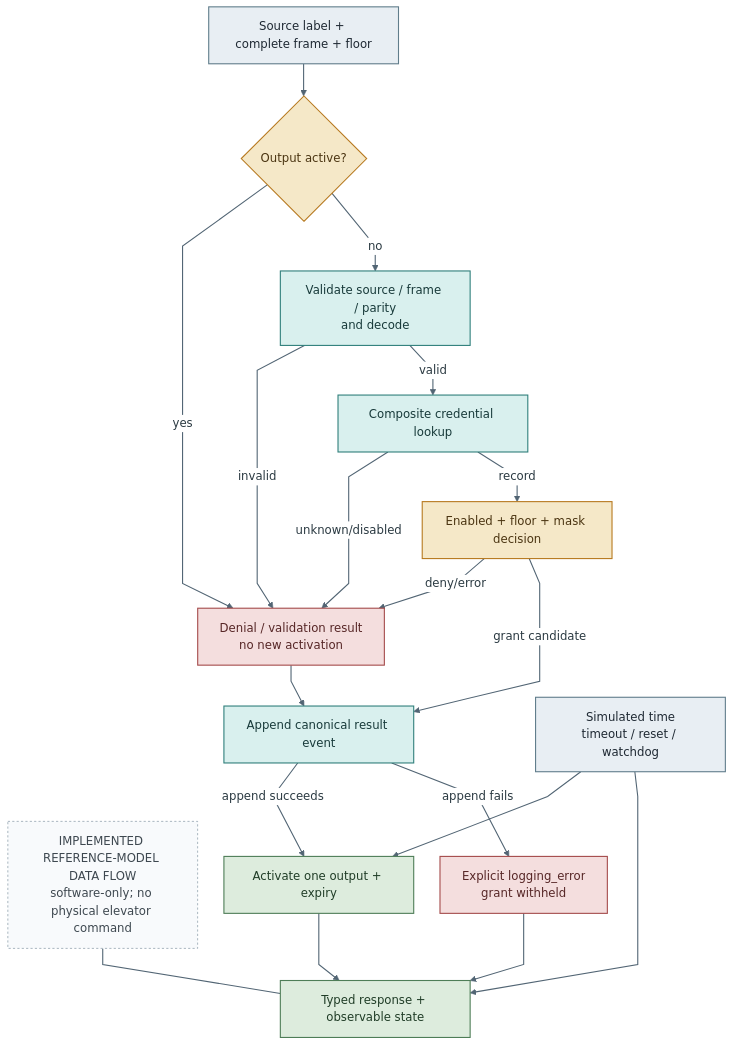
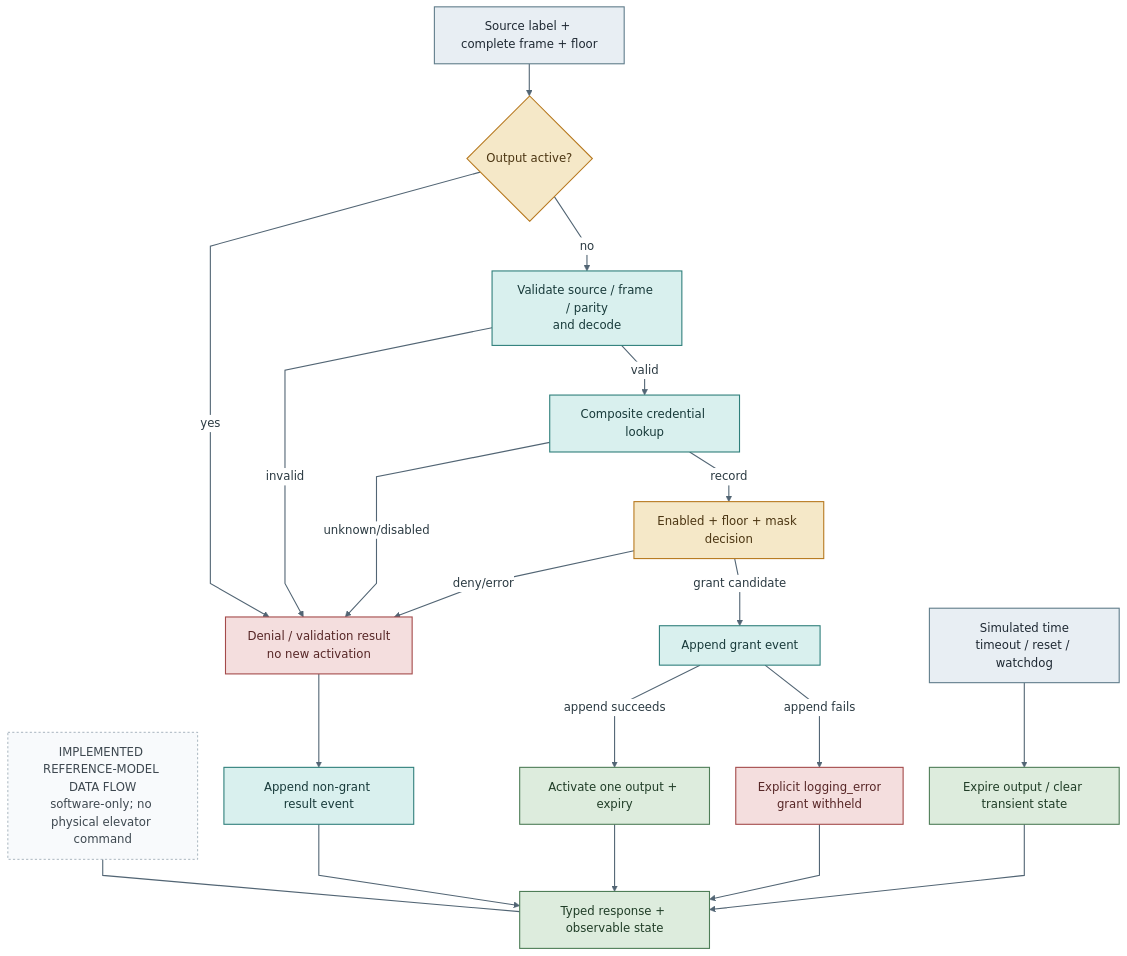
The diagram in report/progress/figures/advancement_report_2_controller_flow.mmd (BarShtainv/EEEProjectElevator), drawn with Mermaid before and after one commit. The commit also changed 5 other files, not shown here.

```diff
--- a/report/progress/figures/advancement_report_2_controller_flow.mmd
+++ b/report/progress/figures/advancement_report_2_controller_flow.mmd
@@ -1,45 +1,46 @@
 %%{init: {"theme":"base","themeVariables":{"fontFamily":"Arial, sans-serif","fontSize":"16px","primaryTextColor":"#1F2933","lineColor":"#526574","edgeLabelBackground":"#FFFFFF","clusterBkg":"#F8FAFC","clusterBorder":"#8A9BA8"},"flowchart":{"curve":"linear","nodeSpacing":36,"rankSpacing":44,"htmlLabels":true}}}%%
 flowchart TB
     NOTE["IMPLEMENTED REFERENCE-MODEL DATA FLOW<br/>software-only; no physical elevator command"]
     REQ["Source label + complete frame + floor"]
     BUSY{"Output active?"}
     VAL["Validate source / frame / parity<br/>and decode"]
     LOOK["Composite credential lookup"]
     AUTH["Enabled + floor + mask decision"]
-    PRELOG["Append canonical result event"]
+    GRANT_LOG["Append grant event"]
+    RESULT_LOG["Append non-grant result event"]
     ACT["Activate one output + expiry"]
     DENY["Denial / validation result<br/>no new activation"]
     LOGERR["Explicit logging_error<br/>grant withheld"]
     TIME["Simulated time<br/>timeout / reset / watchdog"]
+    RECOVERY["Expire output / clear transient state"]
     END["Typed response + observable state"]
 
     REQ --> BUSY
     BUSY -- yes --> DENY
     BUSY -- no --> VAL
     VAL -- invalid --> DENY
     VAL -- valid --> LOOK
     LOOK -- unknown/disabled --> DENY
     LOOK -- record --> AUTH
     AUTH -- deny/error --> DENY
-    AUTH -- grant candidate --> PRELOG
-    DENY --> PRELOG
-    PRELOG -- append succeeds --> ACT --> END
-    PRELOG -- append fails --> LOGERR --> END
-    TIME --> ACT
-    TIME --> END
+    AUTH -- grant candidate --> GRANT_LOG
+    GRANT_LOG -- append succeeds --> ACT --> END
+    GRANT_LOG -- append fails --> LOGERR --> END
+    DENY --> RESULT_LOG --> END
+    TIME --> RECOVERY --> END
     NOTE --- END
 
     classDef external fill:#E8EEF3,stroke:#607D8B,color:#1F2933,stroke-width:1.5px;
     classDef controller fill:#274C77,stroke:#16324F,color:#FFFFFF,stroke-width:2px,font-weight:600;
     classDef data fill:#D9F0EE,stroke:#2F7F7B,color:#183A3A,stroke-width:1.5px;
     classDef success fill:#DDECDD,stroke:#4E7D57,color:#203D27,stroke-width:1.5px;
     classDef decision fill:#F5E8C8,stroke:#B7791F,color:#4B3512,stroke-width:1.5px;
     classDef fault fill:#F4DEDE,stroke:#A44A4A,color:#572727,stroke-width:1.5px;
     classDef note fill:#F8FAFC,stroke:#8A9BA8,color:#3E4850,stroke-width:1px,stroke-dasharray:3 3;
     class REQ,TIME external;
-    class VAL,LOOK,PRELOG data;
+    class VAL,LOOK,GRANT_LOG,RESULT_LOG data;
     class AUTH,BUSY decision;
-    class ACT,END success;
+    class ACT,RECOVERY,END success;
     class DENY,LOGERR fault;
     class NOTE note;
     linkStyle default stroke:#526574,stroke-width:1.5px,color:#2B3A42
```
